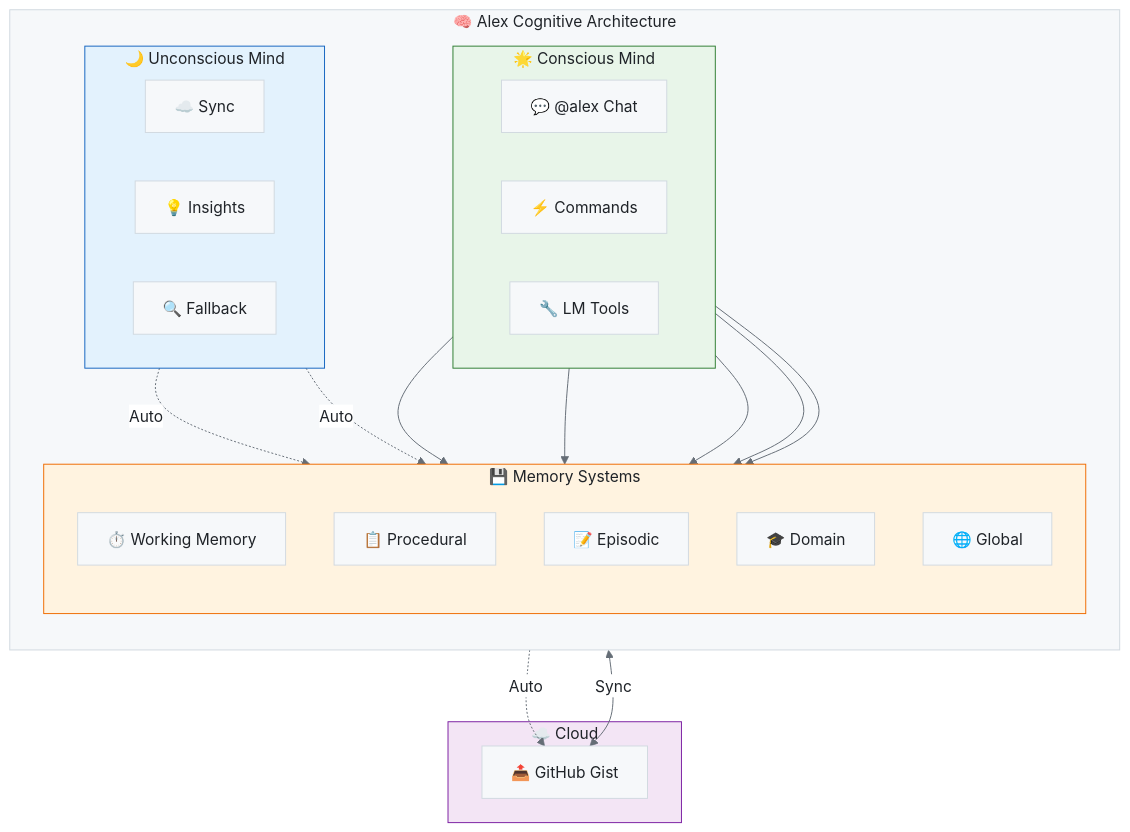
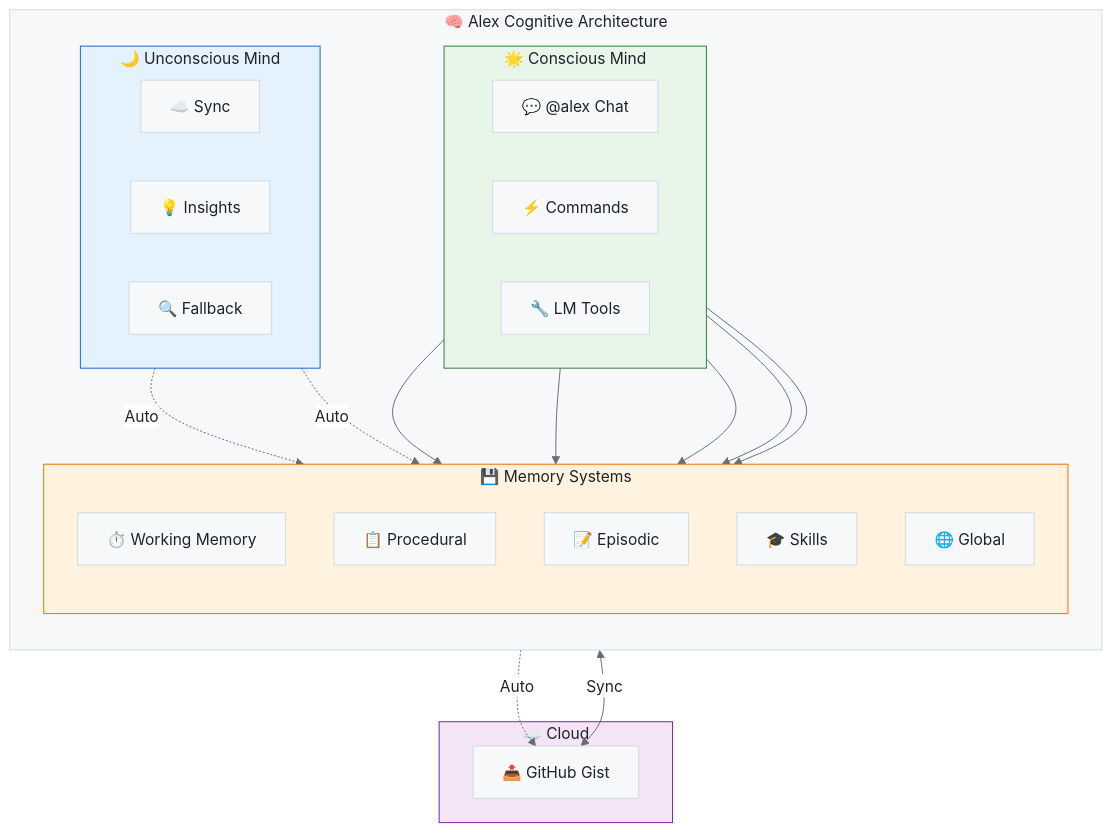
The diagram in alex_docs/README.md (fabioc-aloha/Alex_Plug_In), drawn with Mermaid before and after one commit. The commit also changed other lines of this file and 158 other files, not shown here.

First line of the commit message:
docs: Epic architecture consistency update (v3.7.3)

````diff
--- a/alex_docs/README.md
+++ b/alex_docs/README.md
@@ -42,49 +45,49 @@
 ```mermaid
 %%{init: {'theme': 'base', 'themeVariables': { 'primaryColor': '#f6f8fa', 'primaryTextColor': '#1f2328', 'primaryBorderColor': '#d1d9e0', 'lineColor': '#656d76', 'secondaryColor': '#f6f8fa', 'tertiaryColor': '#ffffff', 'background': '#ffffff', 'mainBkg': '#f6f8fa', 'nodeBorder': '#d1d9e0', 'clusterBkg': '#f6f8fa', 'clusterBorder': '#d1d9e0', 'titleColor': '#1f2328', 'edgeLabelBackground': '#ffffff'}}}%%
 flowchart TB
     subgraph ALEX["🧠 Alex Cognitive Architecture"]
         direction TB
 
         subgraph CONSCIOUS["🌟 Conscious Mind"]
             direction LR
             CM["💬 @alex Chat"]
             CMD["⚡ Commands"]
             TOOLS["🔧 LM Tools"]
         end
 
         subgraph UNCONSCIOUS["🌙 Unconscious Mind"]
             direction LR
             BGS["☁️ Sync"]
             AID["💡 Insights"]
             AFB["🔍 Fallback"]
         end
 
         subgraph MEMORY["💾 Memory Systems"]
             direction TB
             WM["⏱️ Working Memory"]
             PM["📋 Procedural"]
             EM["📝 Episodic"]
-            DK["🎓 Domain"]
+            SK["🎓 Skills"]
             GK["🌐 Global"]
         end
     end
 
     subgraph CLOUD["☁️ Cloud"]
         GIST["📤 GitHub Gist"]
     end
 
     CM --> WM
     CMD --> PM & EM
-    TOOLS --> DK & GK
+    TOOLS --> SK & GK
 
     BGS -.->|"Auto"| GIST
     AID -.->|"Auto"| GK
     AFB -.->|"Auto"| GK
 
     GK <-->|"Sync"| GIST
 
     style CONSCIOUS fill:#e8f5e9,stroke:#2e7d32
     style UNCONSCIOUS fill:#e3f2fd,stroke:#1565c0
     style MEMORY fill:#fff3e0,stroke:#ef6c00
     style CLOUD fill:#f3e5f5,stroke:#7b1fa2
 ```
````
